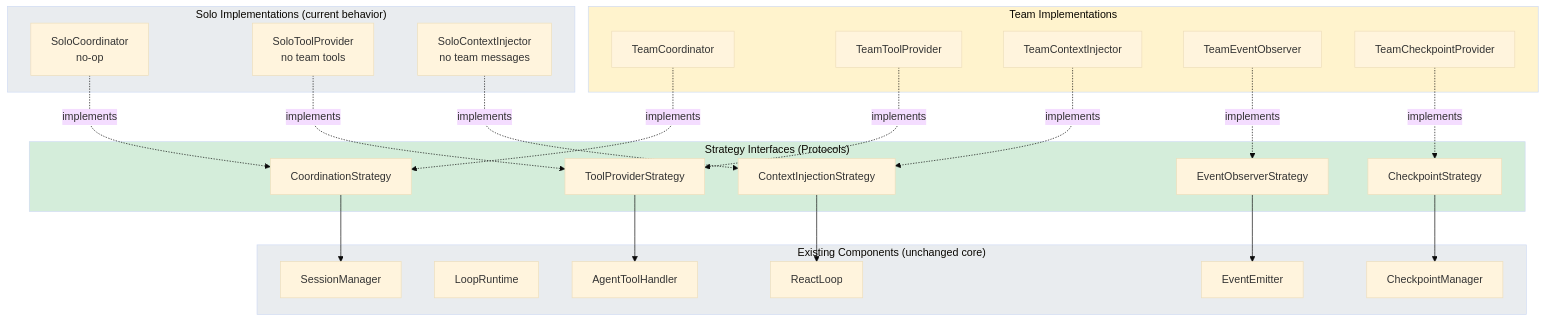
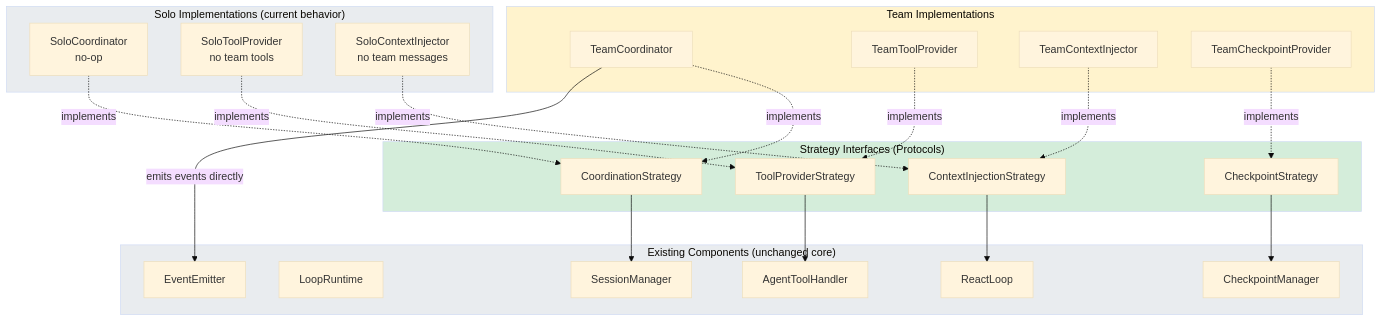
One commit to suman724/cowork-infra changed diagram 11 of 14 in docs/components/agent-teams.md. Above: the diagram before and after it, drawn with Mermaid (base theme). The commit also changed other lines of this file, not shown here.

````diff
--- a/docs/components/agent-teams.md
+++ b/docs/components/agent-teams.md
@@ -1274,53 +1273,50 @@
 ```mermaid
 flowchart TB
     subgraph Strategies["Strategy Interfaces (Protocols)"]
         style Strategies fill:#d4edda
         CS[CoordinationStrategy]
         TS[ToolProviderStrategy]
         CIS[ContextInjectionStrategy]
-        EOS[EventObserverStrategy]
         CPS[CheckpointStrategy]
     end
 
     subgraph Existing["Existing Components (unchanged core)"]
         style Existing fill:#e9ecef
         SM[SessionManager]
         LR[LoopRuntime]
         ATH[AgentToolHandler]
         RL[ReactLoop]
         EE[EventEmitter]
         CP[CheckpointManager]
     end
 
     subgraph TeamImpl["Team Implementations"]
         style TeamImpl fill:#fff3cd
         TC[TeamCoordinator]
         TTP[TeamToolProvider]
         TMI[TeamContextInjector]
-        TEO[TeamEventObserver]
         TCP[TeamCheckpointProvider]
     end
 
     subgraph SoloImpl["Solo Implementations (current behavior)"]
         style SoloImpl fill:#e9ecef
         SC[SoloCoordinator<br/>no-op]
         STP[SoloToolProvider<br/>no team tools]
         SMI[SoloContextInjector<br/>no team messages]
     end
 
     CS --> SM
     TS --> ATH
     CIS --> RL
-    EOS --> EE
     CPS --> CP
+    TC -->|emits events directly| EE
 
     TC -.->|implements| CS
     TTP -.->|implements| TS
     TMI -.->|implements| CIS
-    TEO -.->|implements| EOS
     TCP -.->|implements| CPS
 
     SC -.->|implements| CS
     STP -.->|implements| TS
     SMI -.->|implements| CIS
 ```
````
